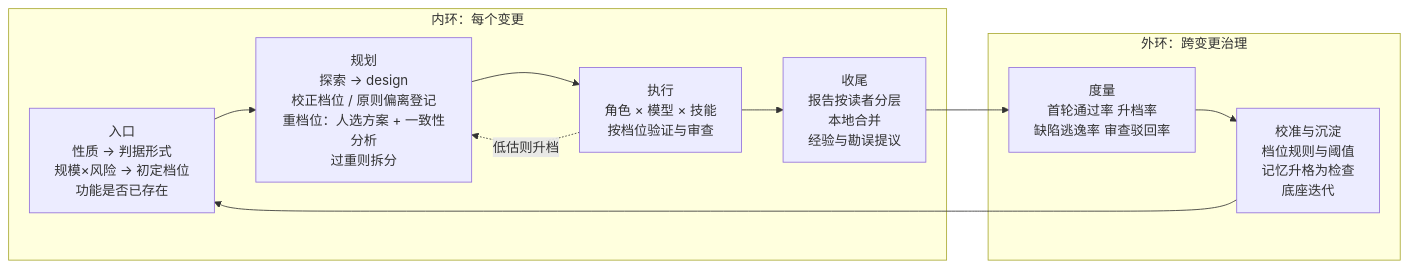
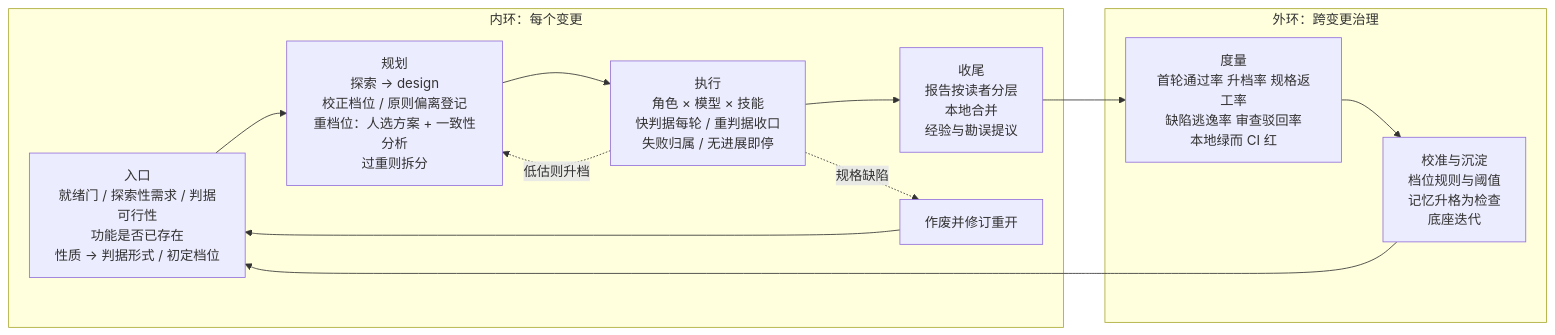
Before and after one commit to jinlin725168-ai/storyloop: the diagram in docs/superpowers/specs/2026-10-12-演进体系-design.md, drawn with Mermaid. The commit also changed other lines of this file, not shown here.

````diff
--- a/docs/superpowers/specs/2026-10-12-演进体系-design.md
+++ b/docs/superpowers/specs/2026-10-12-演进体系-design.md
@@ -78,14 +138,16 @@
 ```mermaid
 flowchart LR
     subgraph 内环[内环：每个变更]
-        A[入口<br/>性质 → 判据形式<br/>规模×风险 → 初定档位<br/>功能是否已存在] --> B[规划<br/>探索 → design<br/>校正档位 / 原则偏离登记<br/>重档位：人选方案 + 一致性分析<br/>过重则拆分]
-        B --> C[执行<br/>角色 × 模型 × 技能<br/>按档位验证与审查]
+        A[入口<br/>就绪门 / 探索性需求 / 判据可行性<br/>功能是否已存在<br/>性质 → 判据形式 / 初定档位] --> B[规划<br/>探索 → design<br/>校正档位 / 原则偏离登记<br/>重档位：人选方案 + 一致性分析<br/>过重则拆分]
+        B --> C[执行<br/>角色 × 模型 × 技能<br/>快判据每轮 / 重判据收口<br/>失败归属 / 无进展即停]
         C --> D[收尾<br/>报告按读者分层<br/>本地合并<br/>经验与勘误提议]
         C -.低估则升档.-> B
+        C -.规格缺陷.-> R[作废并修订重开]
+        R --> A
     end
     subgraph 外环[外环：跨变更治理]
-        E[度量<br/>首轮通过率 升档率<br/>缺陷逃逸率 审查驳回率] --> F[校准与沉淀<br/>档位规则与阈值<br/>记忆升格为检查<br/>底座迭代]
+        E[度量<br/>首轮通过率 升档率 规格返工率<br/>缺陷逃逸率 审查驳回率<br/>本地绿而 CI 红] --> F[校准与沉淀<br/>档位规则与阈值<br/>记忆升格为检查<br/>底座迭代]
     end
     D --> E
     F --> A
 ```
````
